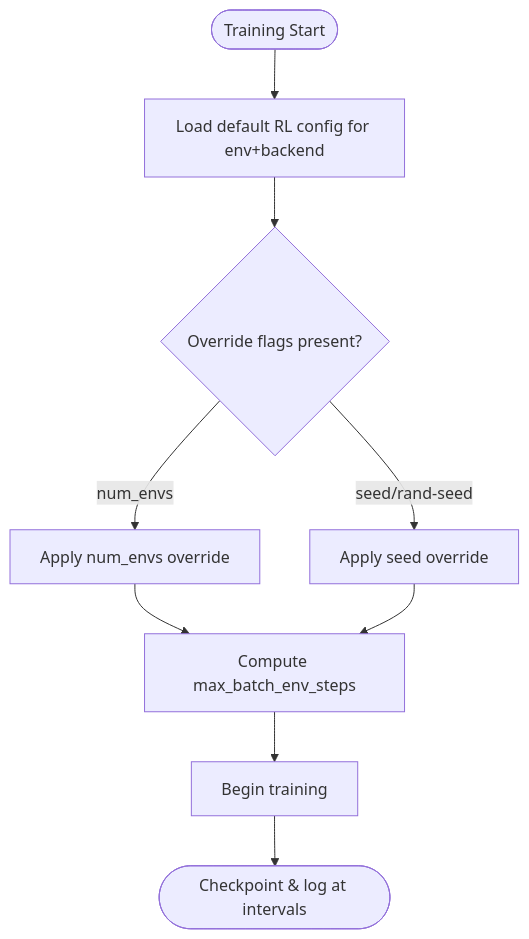
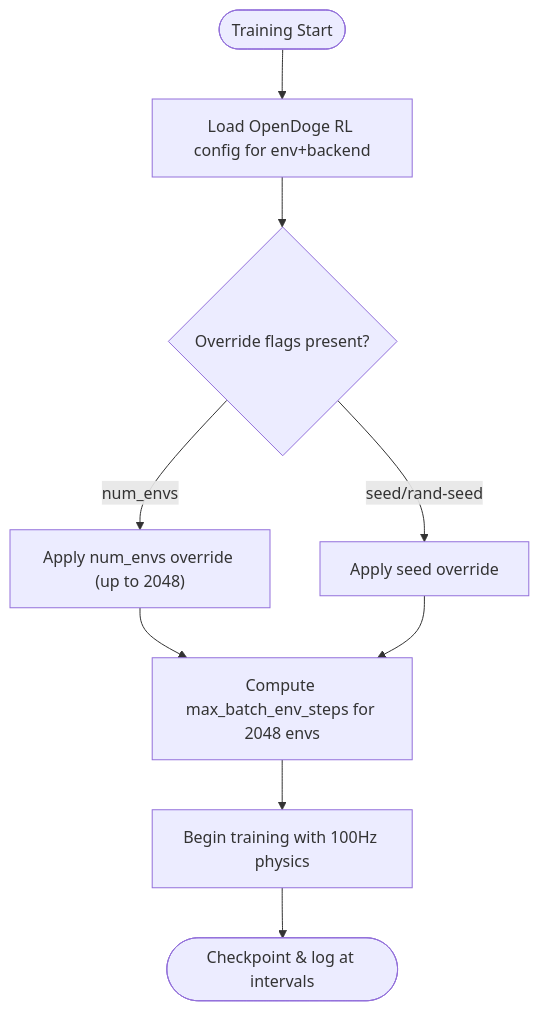
One commit to jayjayhust/MotrixLab changed the eighth of 10 diagrams in .qoder/repowiki/en/content/Training Framework Integration/Training Framework Integration.md. Above: the diagram before and after it, drawn with Mermaid. The commit also changed other lines of this file and 8 other files, not shown here.

````diff
--- a/.qoder/repowiki/en/content/Training Framework Integration/Training Framework Integration.md
+++ b/.qoder/repowiki/en/content/Training Framework Integration/Training Framework Integration.md
@@ -354,11 +375,11 @@
 ```mermaid
 flowchart TD
-Start(["Training Start"]) --> LoadCfg["Load default RL config for env+backend"]
+Start(["Training Start"]) --> LoadCfg["Load OpenDoge RL config for env+backend"]
 LoadCfg --> Override{"Override flags present?"}
-Override --> |num_envs| ApplyNum["Apply num_envs override"]
+Override --> |num_envs| ApplyNum["Apply num_envs override (up to 2048)"]
 Override --> |seed/rand-seed| ApplySeed["Apply seed override"]
-ApplyNum --> ComputeBatch["Compute max_batch_env_steps"]
+ApplyNum --> ComputeBatch["Compute max_batch_env_steps for 2048 envs"]
 ApplySeed --> ComputeBatch
-ComputeBatch --> Train["Begin training"]
+ComputeBatch --> Train["Begin training with 100Hz physics"]
 Train --> End(["Checkpoint & log at intervals"])
 ```
````
